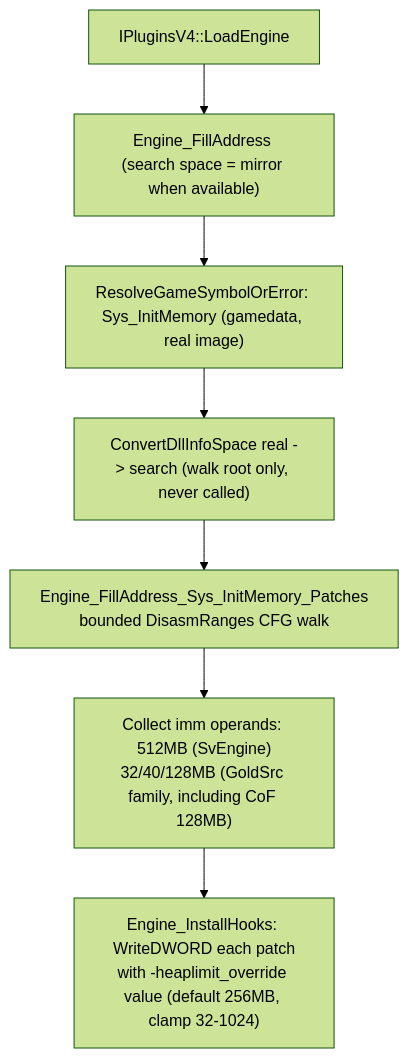
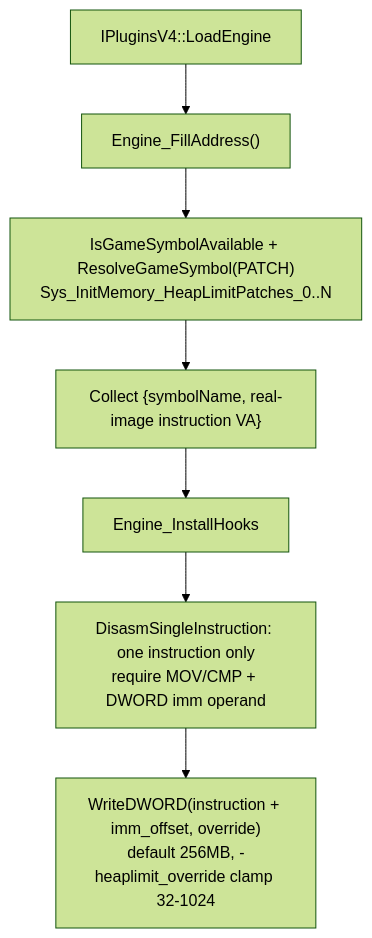
The diagram in memory/privatevars/heap-patch-privatevars.md (hzqst/MetaHookSv), drawn with Mermaid (forest theme) before and after one commit. The commit also changed other lines of this file and 8 other files, not shown here.

First line of the commit message:
chore(gamedata): gate required symbol kinds and numbered patch sets

````diff
--- a/memory/privatevars/heap-patch-privatevars.md
+++ b/memory/privatevars/heap-patch-privatevars.md
@@ -38,9 +34,9 @@
 ```mermaid
 flowchart TD
-    A["IPluginsV4::LoadEngine"] --> B["Engine_FillAddress (search space = mirror when available)"]
-    B --> C["ResolveGameSymbolOrError: Sys_InitMemory (gamedata, real image)"]
-    C --> D["ConvertDllInfoSpace real -> search (walk root only, never called)"]
-    D --> E["Engine_FillAddress_Sys_InitMemory_Patches<br/>bounded DisasmRanges CFG walk"]
-    E --> F["Collect imm operands: 512MB (SvEngine)<br/>32/40/128MB (GoldSrc family, including CoF 128MB)"]
-    F --> G["Engine_InstallHooks: WriteDWORD each patch<br/>with -heaplimit_override value (default 256MB, clamp 32-1024)"]
+    A["IPluginsV4::LoadEngine"] --> B["Engine_FillAddress()"]
+    B --> C["IsGameSymbolAvailable + ResolveGameSymbol(PATCH)<br/>Sys_InitMemory_HeapLimitPatches_0..N"]
+    C --> D["Collect {symbolName, real-image instruction VA}"]
+    D --> E["Engine_InstallHooks"]
+    E --> F["DisasmSingleInstruction: one instruction only<br/>require MOV/CMP + DWORD imm operand"]
+    F --> G["WriteDWORD(instruction + imm_offset, override)<br/>default 256MB, -heaplimit_override clamp 32-1024"]
 ```
````
